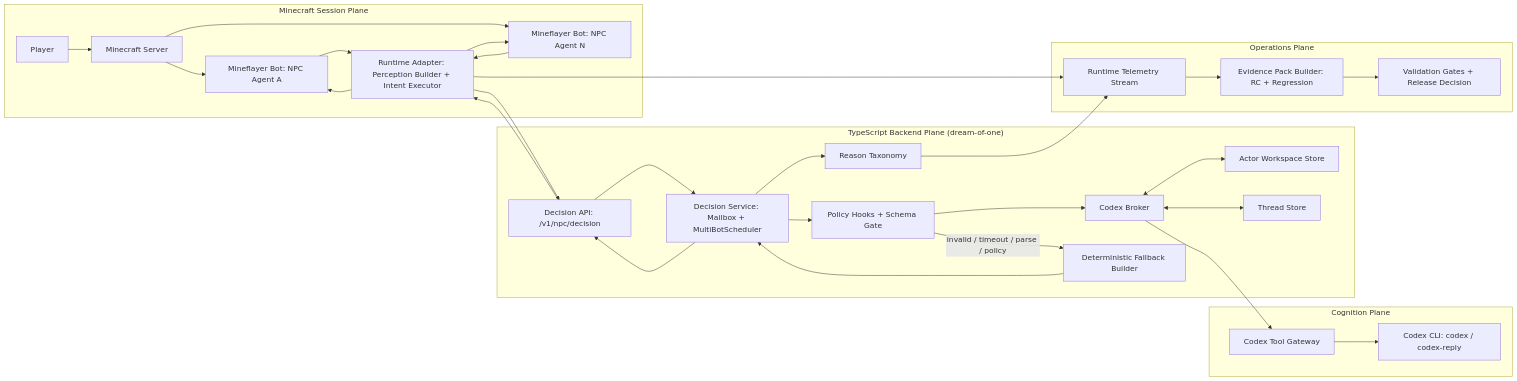
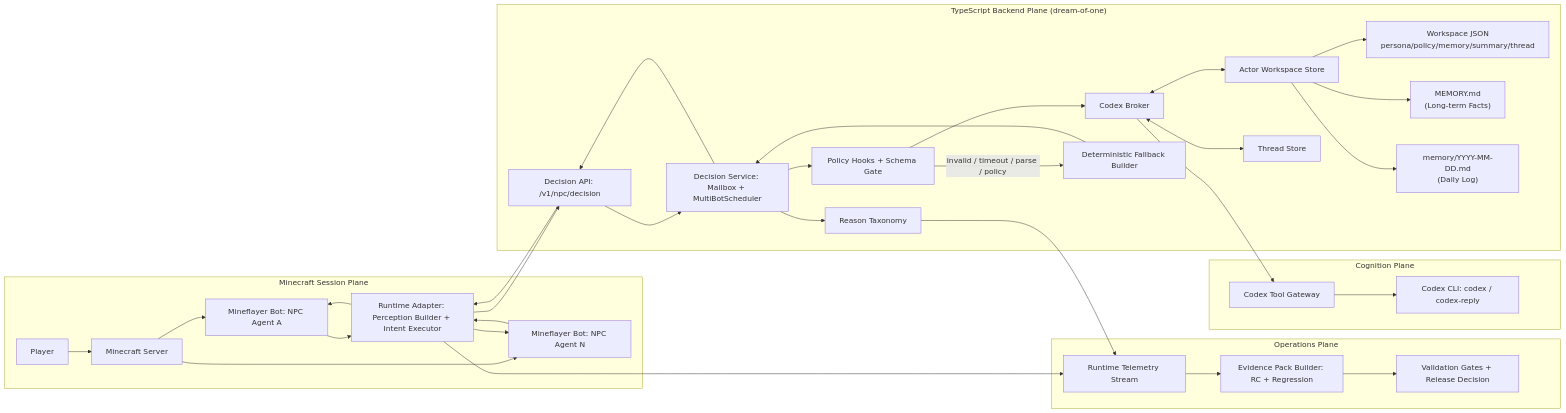
One commit to gigio1023/dream-of-one changed the second of 3 diagrams in README.md. Above: the diagram before and after it, drawn with Mermaid. The commit also changed other lines of this file and 4 other files, not shown here.

````diff
--- a/README.md
+++ b/README.md
@@ -50,57 +52,63 @@
 ```mermaid
 flowchart LR
   subgraph GameplayPlane["Minecraft Session Plane"]
     Player["Player"]
     McServer["Minecraft Server"]
     BotA["Mineflayer Bot: NPC Agent A"]
     BotN["Mineflayer Bot: NPC Agent N"]
     Adapter["Runtime Adapter: Perception Builder + Intent Executor"]
   end
 
   subgraph RuntimePlane["TypeScript Backend Plane (dream-of-one)"]
     Http["Decision API: /v1/npc/decision"]
     Decision["Decision Service: Mailbox + MultiBotScheduler"]
     Policy["Policy Hooks + Schema Gate"]
     Broker["Codex Broker"]
     Taxonomy["Reason Taxonomy"]
     Fallback["Deterministic Fallback Builder"]
     Workspace["Actor Workspace Store"]
     Thread["Thread Store"]
+    WorkspaceJson["Workspace JSON\npersona/policy/memory/summary/thread"]
+    MemoryLong["MEMORY.md\n(Long-term Facts)"]
+    MemoryDaily["memory/YYYY-MM-DD.md\n(Daily Log)"]
   end
 
   subgraph CognitionPlane["Cognition Plane"]
     Gateway["Codex Tool Gateway"]
     Codex["Codex CLI: codex / codex-reply"]
   end
 
   subgraph OpsPlane["Operations Plane"]
     Telemetry["Runtime Telemetry Stream"]
     Evidence["Evidence Pack Builder: RC + Regression"]
     Release["Validation Gates + Release Decision"]
   end
 
   Player --> McServer
   McServer --> BotA
   McServer --> BotN
   BotA --> Adapter
   BotN --> Adapter
   Adapter --> Http
   Http --> Decision
   Decision --> Policy
   Policy --> Broker
   Broker --> Gateway
   Gateway --> Codex
   Broker <--> Workspace
   Broker <--> Thread
+  Workspace --> WorkspaceJson
+  Workspace --> MemoryLong
+  Workspace --> MemoryDaily
   Decision --> Taxonomy
   Policy -->|invalid / timeout / parse / policy| Fallback
   Fallback --> Decision
   Decision --> Http
   Http --> Adapter
   Adapter --> BotA
   Adapter --> BotN
   Adapter --> Telemetry
   Taxonomy --> Telemetry
   Telemetry --> Evidence
   Evidence --> Release
 ```
````
